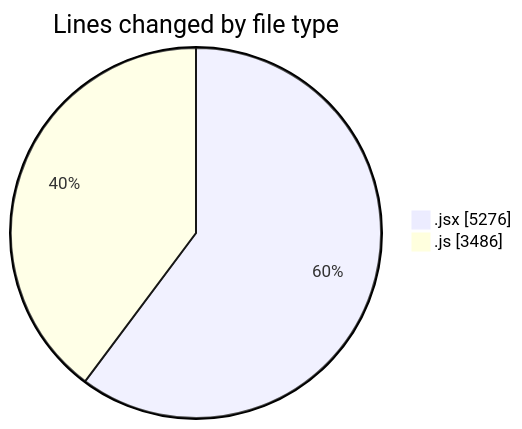
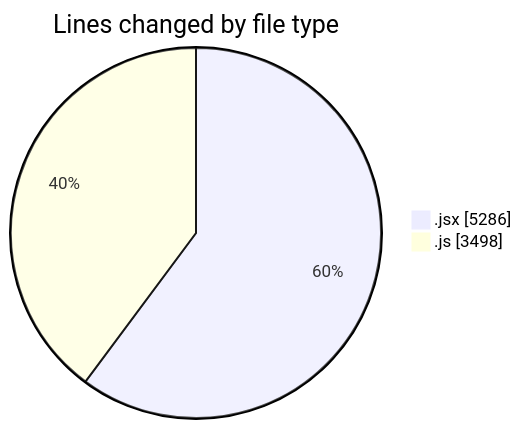
The first of 2 diagrams in 2025-07-30/nxtqube_webapp/README.md (nxtqubesakshisongat/code-tracking), drawn with Mermaid before and after one commit. The commit also changed other lines of this file and 1 other file, not shown here.

````diff
--- a/2025-07-30/nxtqube_webapp/README.md
+++ b/2025-07-30/nxtqube_webapp/README.md
@@ -35,6 +35,6 @@
 ```mermaid
 pie showData
 title Lines changed by file type
-".jsx" : 5276
-".js" : 3486
+".jsx" : 5286
+".js" : 3498
 ```
````
